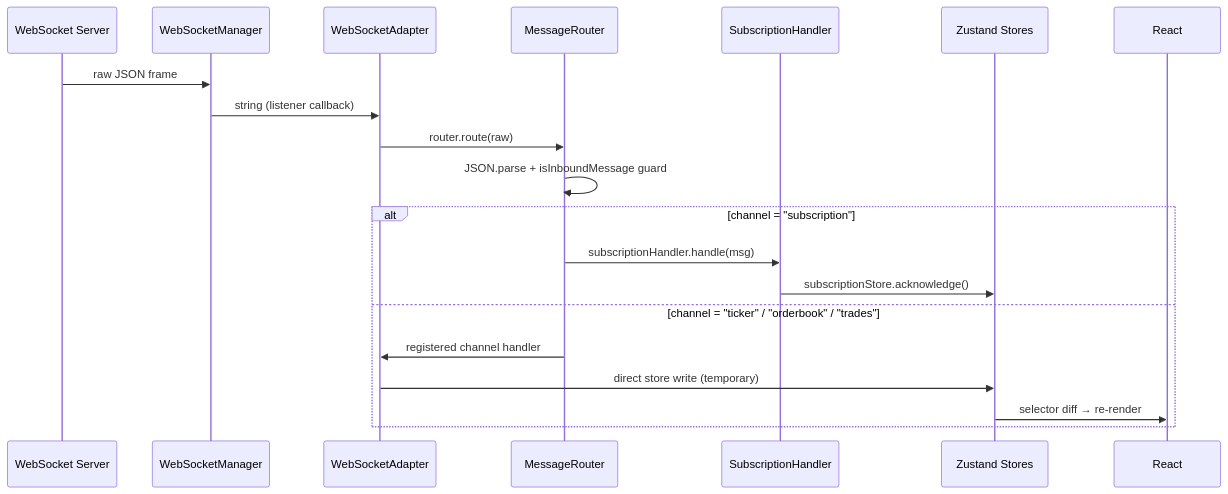
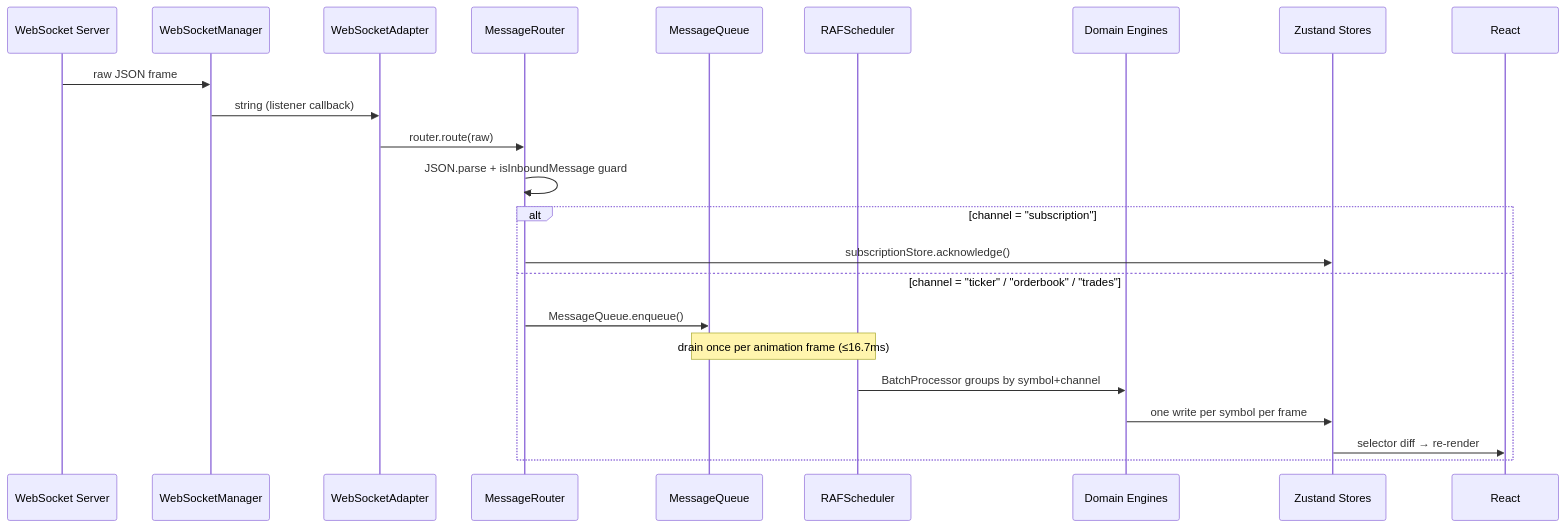
One commit to srivastavachinmay/delta_exchange_assignment changed the second of 2 diagrams in ARCHITECTURE.md. Above: the diagram before and after it, drawn with Mermaid. The commit also changed other lines of this file and 19 other files, not shown here.

````diff
--- a/ARCHITECTURE.md
+++ b/ARCHITECTURE.md
@@ -534,23 +523,26 @@
 ```mermaid
 sequenceDiagram
     participant WS as WebSocket Server
     participant WSM as WebSocketManager
     participant WSA as WebSocketAdapter
     participant MR as MessageRouter
-    participant SH as SubscriptionHandler
+    participant MQ as MessageQueue
+    participant RAF as RAFScheduler
+    participant ENG as Domain Engines
     participant Store as Zustand Stores
     participant UI as React
 
     WS->>WSM: raw JSON frame
     WSM->>WSA: string (listener callback)
     WSA->>MR: router.route(raw)
     MR->>MR: JSON.parse + isInboundMessage guard
     alt channel = "subscription"
-        MR->>SH: subscriptionHandler.handle(msg)
-        SH->>Store: subscriptionStore.acknowledge()
+        MR->>Store: subscriptionStore.acknowledge()
     else channel = "ticker" / "orderbook" / "trades"
-        MR->>WSA: registered channel handler
-        WSA->>Store: direct store write (temporary)
+        MR->>MQ: MessageQueue.enqueue()
+        Note over MQ,RAF: drain once per animation frame (≤16.7ms)
+        RAF->>ENG: BatchProcessor groups by symbol+channel
+        ENG->>Store: one write per symbol per frame
         Store->>UI: selector diff → re-render
     end
 ```
````
